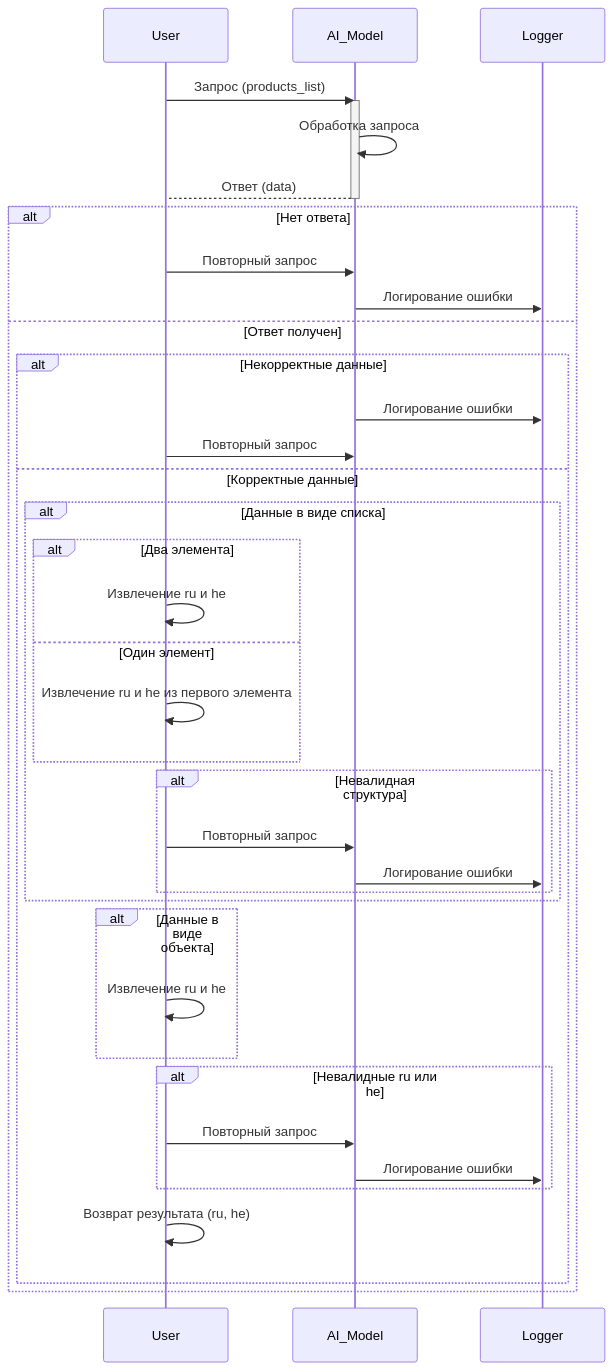
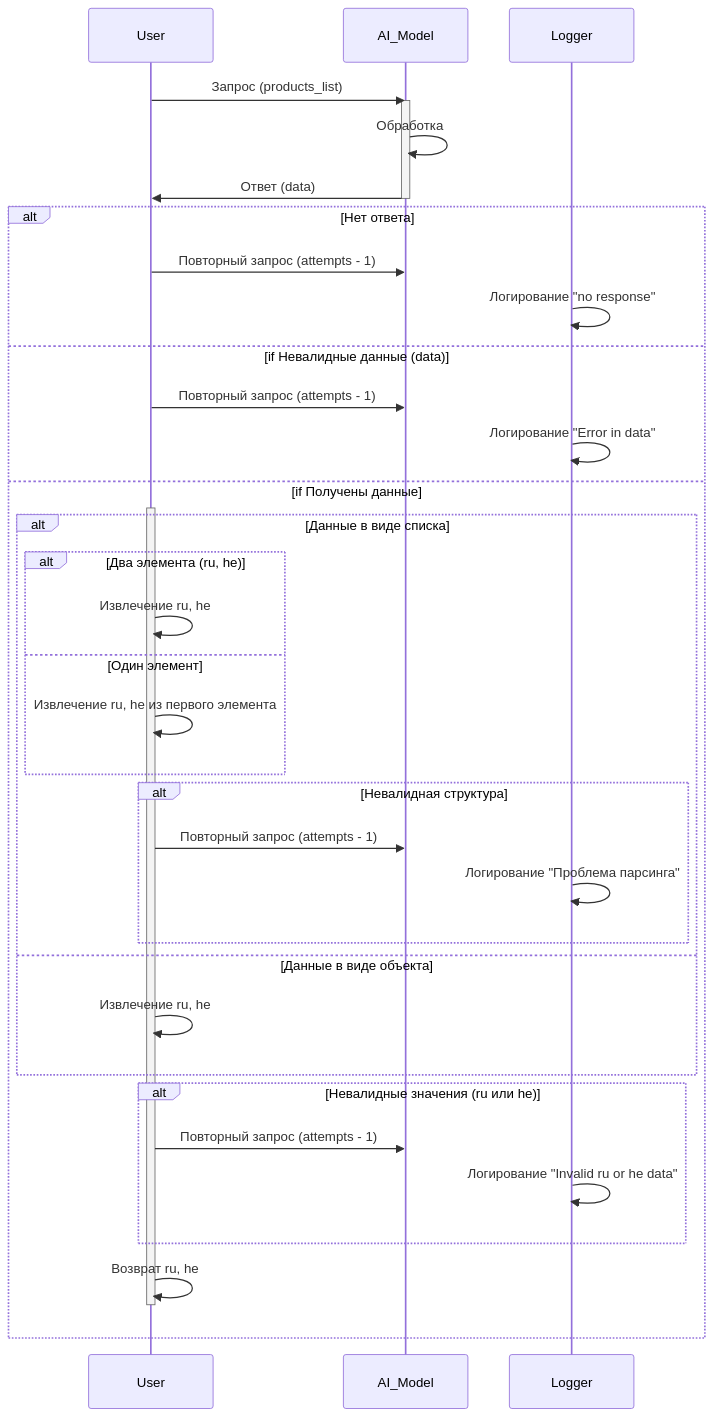
One commit to hypo69/hypo changed the diagram in docs/gemini/ru/explainer/src/endpoints/kazarinov/scenarios/mermaid/scenario_picelist.process_ai.md. Above: the diagram before and after it, drawn with Mermaid. The commit also changed other lines of this file and 468 other files, not shown here.

````diff
--- a/docs/gemini/ru/explainer/src/endpoints/kazarinov/scenarios/mermaid/scenario_picelist.process_ai.md
+++ b/docs/gemini/ru/explainer/src/endpoints/kazarinov/scenarios/mermaid/scenario_picelist.process_ai.md
@@ -73,40 +68,41 @@
 ```mermaid
 sequenceDiagram
     participant User
     participant AI_Model
     participant Logger
+
     User->>AI_Model: Запрос (products_list)
     activate AI_Model
-    AI_Model->>AI_Model: Обработка запроса
-    AI_Model-->User: Ответ (data)
+    AI_Model->>AI_Model: Обработка
+    AI_Model->>User: Ответ (data)
     deactivate AI_Model
+    
     alt Нет ответа
-        User->>AI_Model: Повторный запрос
-        AI_Model->>Logger: Логирование ошибки
-    else Ответ получен
-        alt Некорректные данные
-            AI_Model->>Logger: Логирование ошибки
-            User->>AI_Model: Повторный запрос
-        else Корректные данные
-            alt Данные в виде списка
-                alt Два элемента
-                    User->>User: Извлечение ru и he
-                else Один элемент
-                    User->>User: Извлечение ru и he из первого элемента
-                end
-                alt Невалидная структура
-                    User->>AI_Model: Повторный запрос
-                    AI_Model->>Logger: Логирование ошибки
-                end
+        User->>AI_Model: Повторный запрос (attempts - 1)
+        Logger->>Logger: Логирование "no response"
+    else if Невалидные данные (data)
+        User->>AI_Model: Повторный запрос (attempts - 1)
+        Logger->>Logger: Логирование "Error in data"
+    else if Получены данные
+        activate User
+        alt Данные в виде списка
+            alt Два элемента (ru, he)
+                User->>User: Извлечение ru, he
+            else Один элемент
+                User->>User: Извлечение ru, he из первого элемента
             end
-            alt Данные в виде объекта
-                User->>User: Извлечение ru и he
+            alt Невалидная структура
+                User->>AI_Model: Повторный запрос (attempts - 1)
+                Logger->>Logger: Логирование "Проблема парсинга"
             end
-            alt Невалидные ru или he
-                User->>AI_Model: Повторный запрос
-                AI_Model->>Logger: Логирование ошибки
-            end
-            User->>User: Возврат результата (ru, he)
+        else Данные в виде объекта
+            User->>User: Извлечение ru, he
         end
+        alt Невалидные значения (ru или he)
+            User->>AI_Model: Повторный запрос (attempts - 1)
+            Logger->>Logger: Логирование "Invalid ru or he data"
+        end
+        User->>User: Возврат ru, he
+        deactivate User
     end
 ```
````
